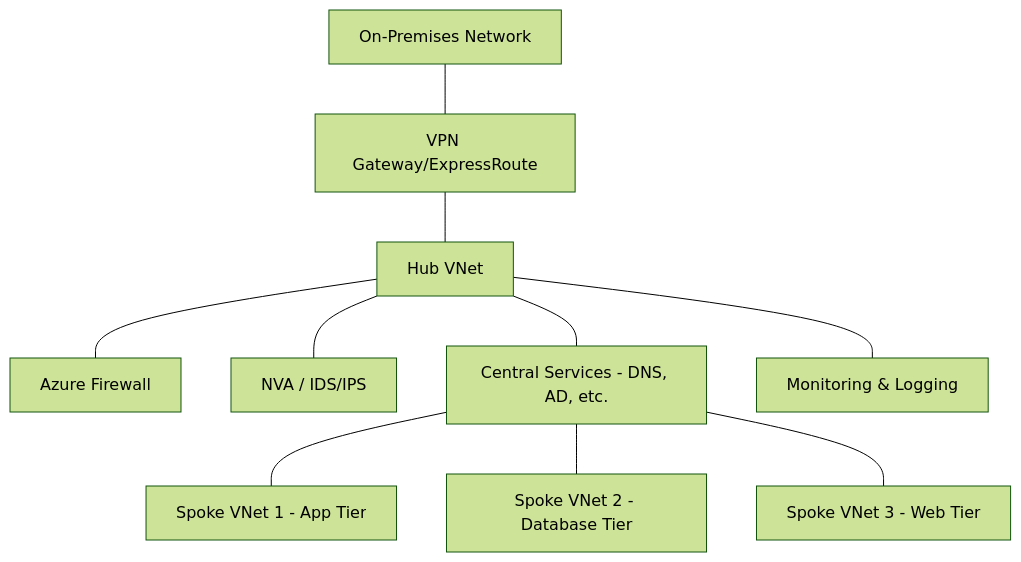
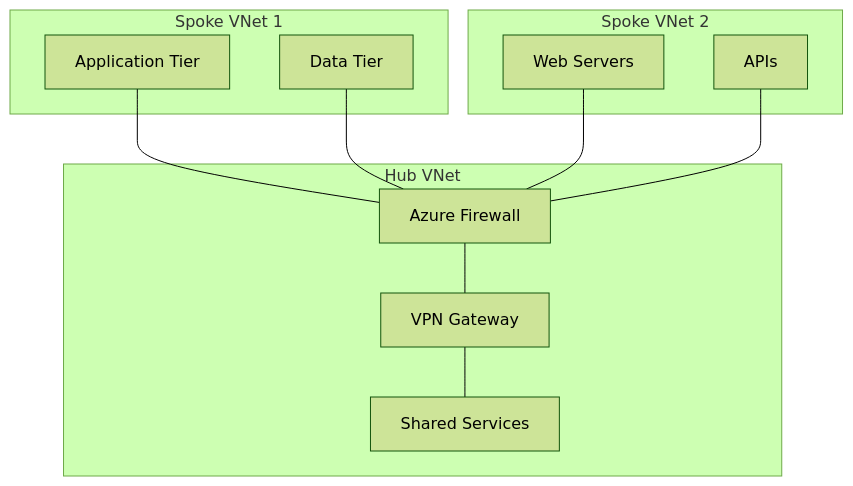
The first of 4 diagrams in cloud_azure_overview.md (dcop7/tips_and_guides), drawn with Mermaid (forest theme) before and after one commit. The commit also changed other lines of this file, not shown here.

````diff
--- a/cloud_azure_overview.md
+++ b/cloud_azure_overview.md
@@ -200,12 +263,25 @@
 ```mermaid
-graph TD;
-    A[On‑Premises Network] --- B[VPN Gateway/ExpressRoute]
-    B --- C[Hub VNet]
-    C --- D[Azure Firewall]
-    C --- E[NVA / IDS/IPS]
-    C --- F[Central Services - DNS, AD, etc.]
-    C --- G[Monitoring & Logging]
-    F --- H[Spoke VNet 1 - App Tier]
-    F --- I[Spoke VNet 2 - Database Tier]
-    F --- J[Spoke VNet 3 - Web Tier]
+flowchart TD
+    subgraph Hub VNet
+      A[Azure Firewall]
+      B[VPN Gateway]
+      C[Shared Services]
+    end
+
+    subgraph Spoke VNet 1
+      D[Application Tier]
+      E[Data Tier]
+    end
+
+    subgraph Spoke VNet 2
+      F[Web Servers]
+      G[APIs]
+    end
+
+    A --- B
+    B --- C
+    D --- A
+    E --- A
+    F --- A
+    G --- A
 ```
````
